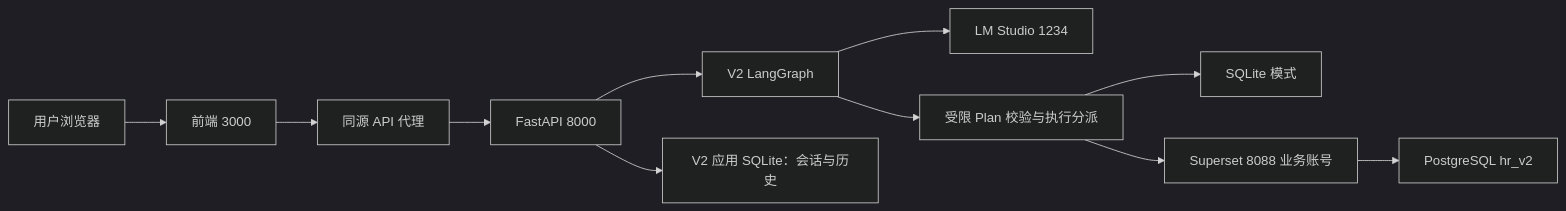
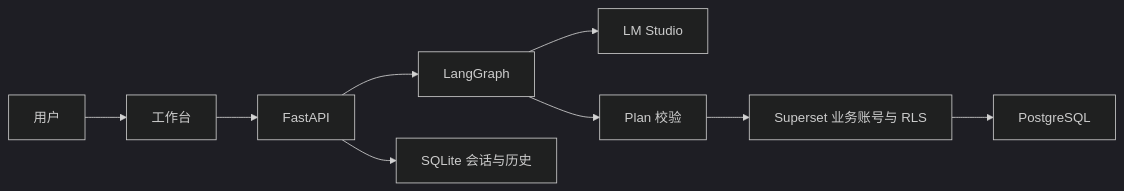
Before and after one commit to fengjikui/Smart_hr_database: the first of 2 diagrams in docs/PROJECT_CODE_GUIDE.md, drawn with Mermaid (dark theme). The commit also changed other lines of this file and 322 other files, not shown here.

````diff
--- a/docs/PROJECT_CODE_GUIDE.md
+++ b/docs/PROJECT_CODE_GUIDE.md
@@ -133,13 +65,11 @@
 ```mermaid
 flowchart LR
-    U[用户浏览器] --> F[前端 3000]
-    F --> P[同源 API 代理]
-    P --> A[FastAPI 8000]
-    A --> G[V2 LangGraph]
-    G --> L[LM Studio 1234]
-    G --> Q[受限 Plan 校验与执行分派]
-    Q --> S[SQLite 模式]
-    Q --> SS[Superset 8088 业务账号]
-    SS --> PG[PostgreSQL hr_v2]
-    A --> H[V2 应用 SQLite：会话与历史]
+    U[用户] --> F[工作台]
+    F --> A[FastAPI]
+    A --> G[LangGraph]
+    G --> L[LM Studio]
+    G --> Q[Plan 校验]
+    Q --> S[Superset 业务账号与 RLS]
+    S --> P[PostgreSQL]
+    A --> H[SQLite 会话与历史]
 ```
````
